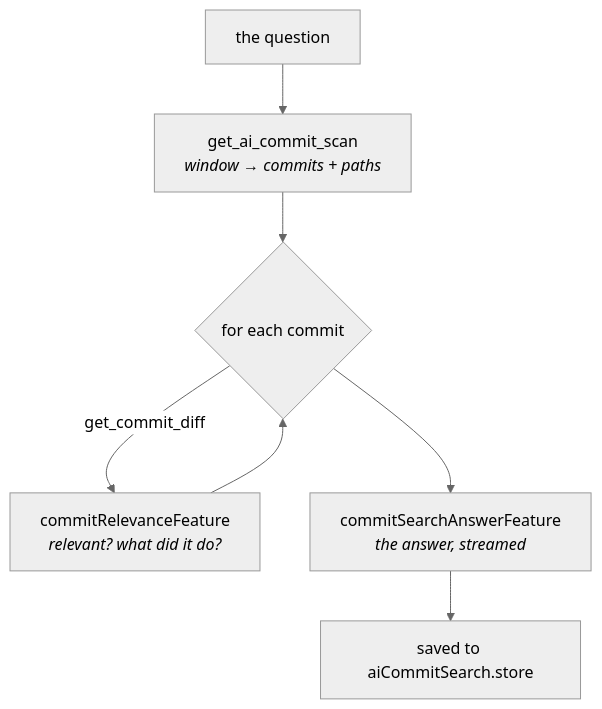
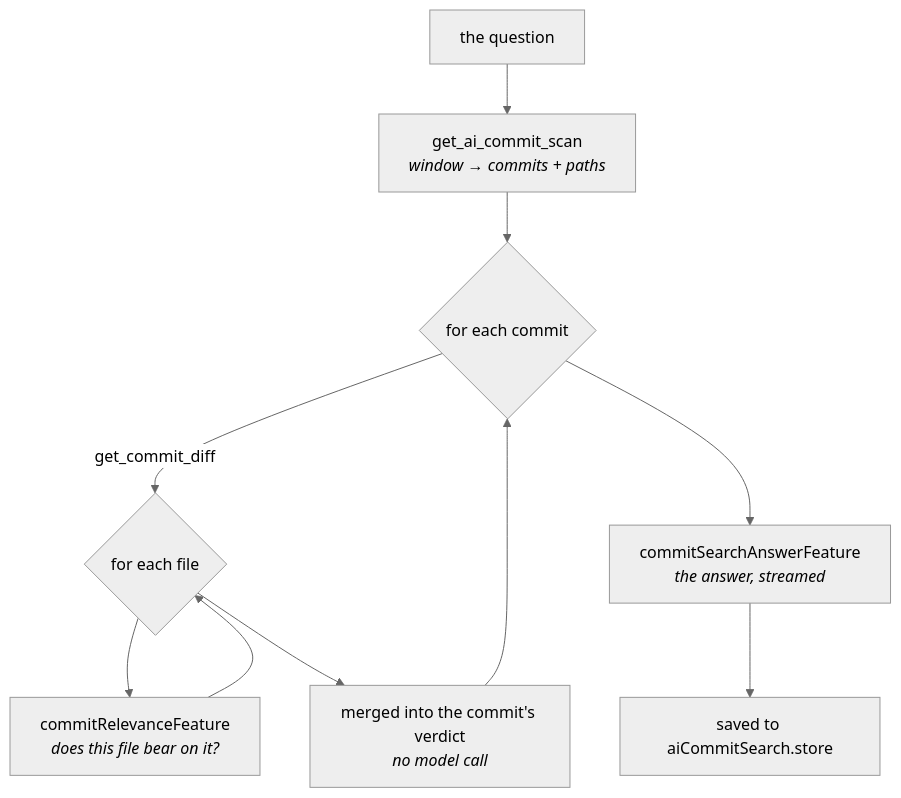
Before and after one commit to Tlahey/git-manager: the diagram in docs/ai/commit-search.md, drawn with Mermaid (neutral theme). The commit also changed other lines of this file and 78 other files, not shown here.

````diff
--- a/docs/ai/commit-search.md
+++ b/docs/ai/commit-search.md
@@ -63,9 +67,12 @@
 ```mermaid
 flowchart TD
     Q["the question"] --> S["get_ai_commit_scan<br/><i>window → commits + paths</i>"]
     S --> L{"for each commit"}
-    L -->|"get_commit_diff"| M["commitRelevanceFeature<br/><i>relevant? what did it do?</i>"]
-    M --> L
+    L -->|"get_commit_diff"| F{"for each file"}
+    F --> M["commitRelevanceFeature<br/><i>does this file bear on it?</i>"]
+    M --> F
+    F --> V["merged into the commit's verdict<br/><i>no model call</i>"]
+    V --> L
     L --> R["commitSearchAnswerFeature<br/><i>the answer, streamed</i>"]
     R --> H["saved to aiCommitSearch.store"]
 ```
````
